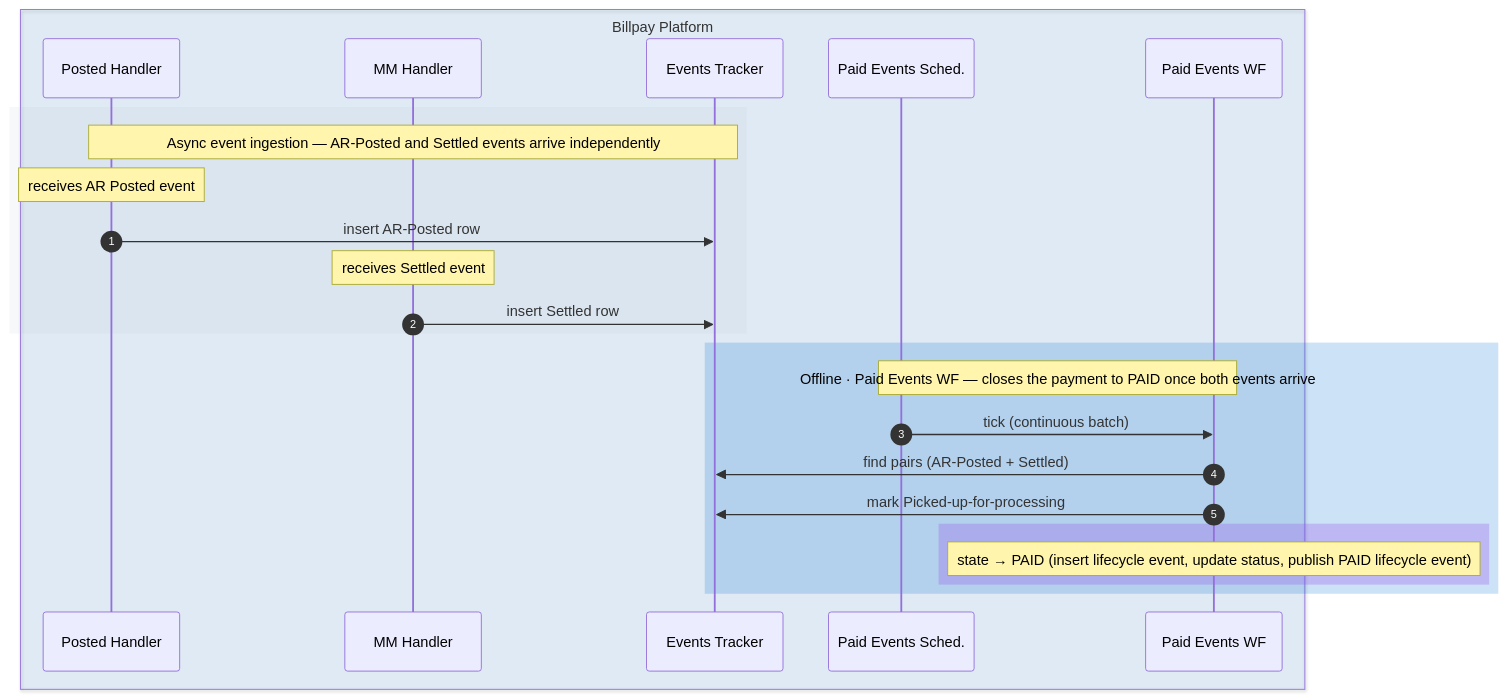
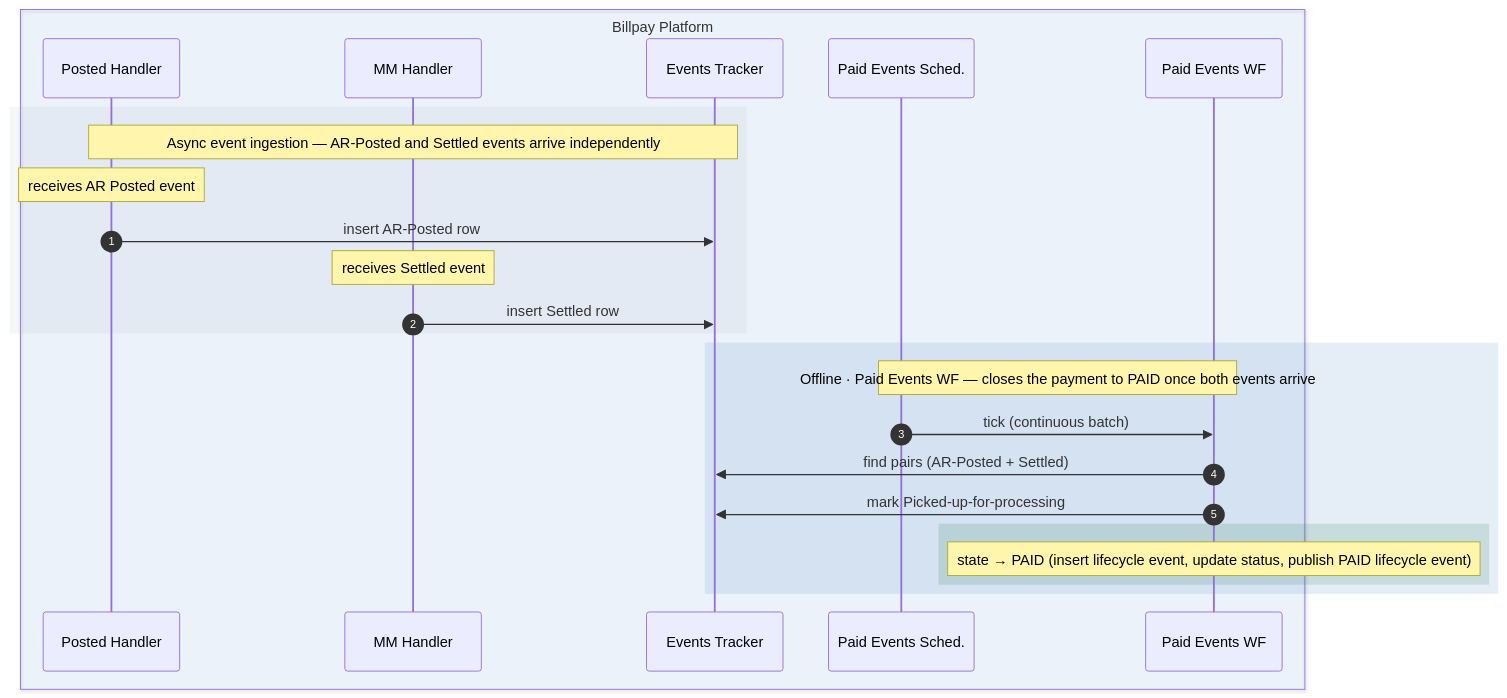
The tenth of 12 diagrams in website/docs/design/diagrams/sequence-diagram.md (arunav-bhattacharya/billpay-book), drawn with Mermaid before and after one commit. The commit also changed other lines of this file and 48 other files, not shown here.

````diff
--- a/website/docs/design/diagrams/sequence-diagram.md
+++ b/website/docs/design/diagrams/sequence-diagram.md
@@ -662,30 +662,30 @@
 ```mermaid
 sequenceDiagram
   autonumber
 
-  box rgba(1,111,208,0.1) Billpay Platform
+  box rgba(1,111,208,0.06) Billpay Platform
     participant PPH as Posted Handler
     participant MMH as MM Handler
     participant TRK as Events Tracker
     participant SCH as Paid Events Sched.
     participant PEP as Paid Events WF
   end
 
-  rect rgba(148,163,184,0.08)
+  rect rgba(148,163,184,0.10)
     Note over PPH,TRK: Async event ingestion — AR-Posted and Settled events arrive independently
     Note over PPH: receives AR Posted event
     PPH->>TRK: insert AR-Posted row
     Note over MMH: receives Settled event
     MMH->>TRK: insert Settled row
   end
 
-  rect rgba(1,111,208,0.2)
+  rect rgba(1,91,179,0.10)
     Note over SCH,PEP: Offline · Paid Events WF — closes the payment to PAID once both events arrive
     SCH->>PEP: tick (continuous batch)
     PEP->>TRK: find pairs (AR-Posted + Settled)
     PEP->>TRK: mark Picked-up-for-processing
-    rect rgba(150,75,232,0.28)
+    rect rgba(47,125,84,0.16)
       Note over PEP: state → PAID (insert lifecycle event, update status, publish PAID lifecycle event)
     end
   end
 ```
````
